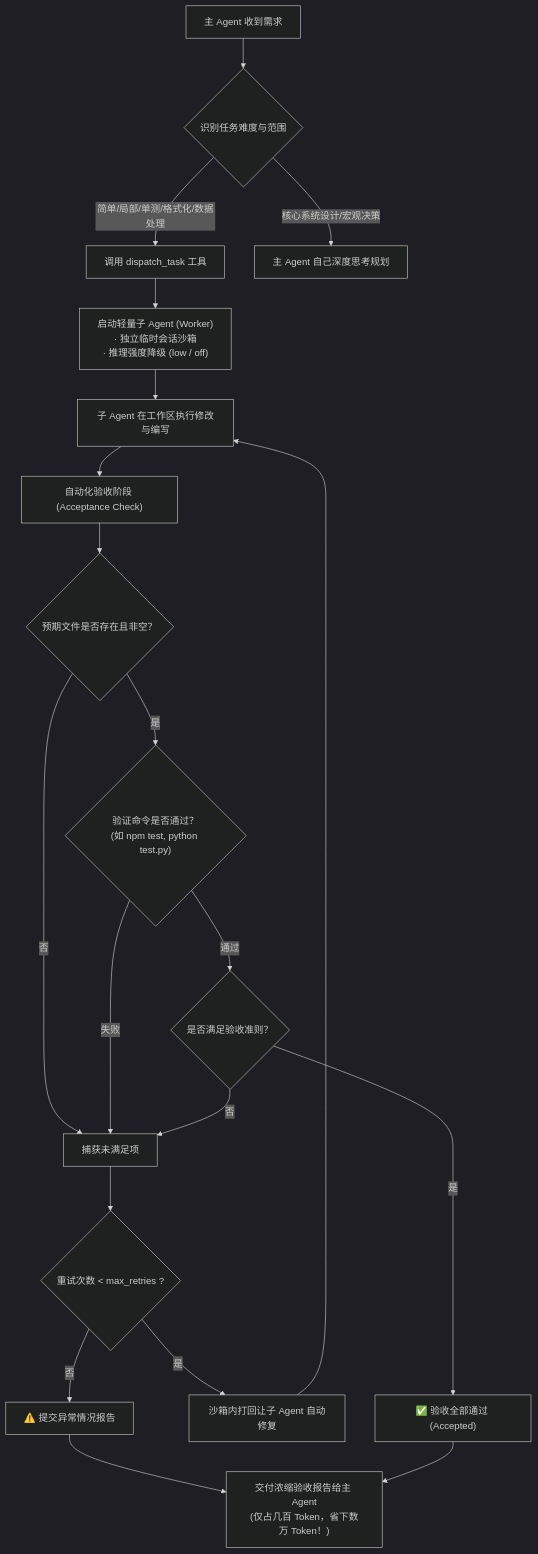
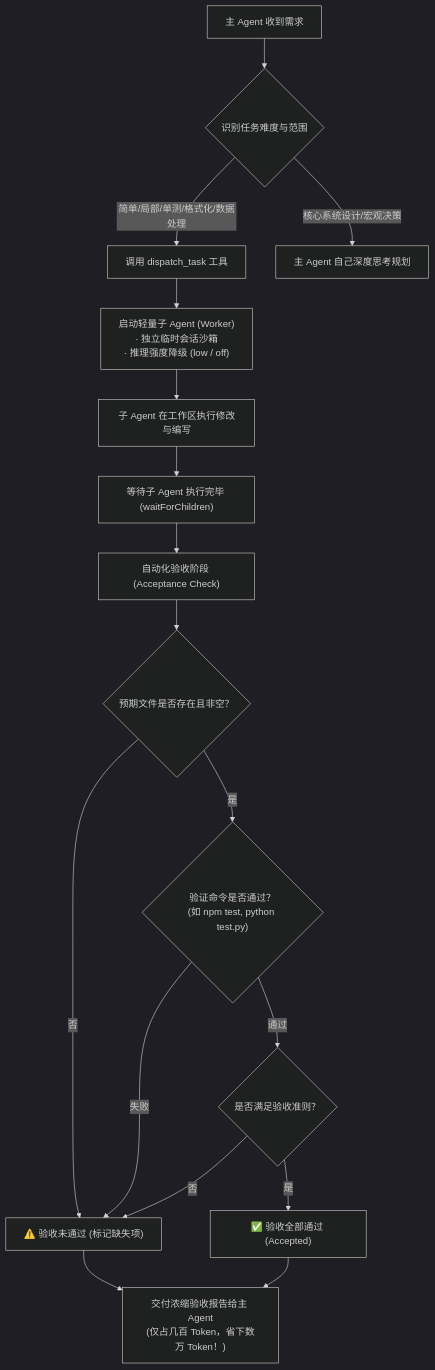
One commit to Ayowait/dsh-subagent-dispatcher changed the diagram in README.zh.md. Above: the diagram before and after it, drawn with Mermaid (dark theme). The commit also changed other lines of this file, not shown here.

Commit message:
docs: 涓枃璇存槑

````diff
--- a/README.zh.md
+++ b/README.zh.md
@@ -47,24 +47,22 @@
 ```mermaid
 flowchart TD
     A[主 Agent 收到需求] --> B{识别任务难度与范围}
     B -- 简单/局部/单测/格式化/数据处理 --> C["调用 dispatch_task 工具"]
     B -- 核心系统设计/宏观决策 --> D[主 Agent 自己深度思考规划]
 
     C --> E["启动轻量子 Agent (Worker)<br/>· 独立临时会话沙箱<br/>· 推理强度降级 (low / off)"]
     E --> F[子 Agent 在工作区执行修改与编写]
-    F --> G["自动化验收阶段 (Acceptance Check)"]
+    F --> W["等待子 Agent 执行完毕 (waitForChildren)"]
+    W --> G["自动化验收阶段 (Acceptance Check)"]
 
     G --> H1{"预期文件是否存在且非空？"}
-    H1 -- 否 --> K[捕获未满足项]
+    H1 -- 否 --> O["⚠️ 验收未通过 (标记缺失项)"]
     H1 -- 是 --> H2{"验证命令是否通过？<br/>(如 npm test, python test.py)"}
-    H2 -- 失败 --> K
+    H2 -- 失败 --> O
     H2 -- 通过 --> H3{"是否满足验收准则？"}
-    H3 -- 否 --> K
+    H3 -- 否 --> O
     H3 -- 是 --> L["✅ 验收全部通过 (Accepted)"]
 
-    K --> M{重试次数 < max_retries ?}
-    M -- 是 --> N["沙箱内打回让子 Agent 自动修复"] --> F
-    M -- 否 --> O["⚠️ 提交异常情况报告"] --> P[汇报主 Agent]
-
+    O --> P[汇报主 Agent 审查]
     L --> P["交付浓缩验收报告给主 Agent<br/>(仅占几百 Token，省下数万 Token！)"]
 ```
````
